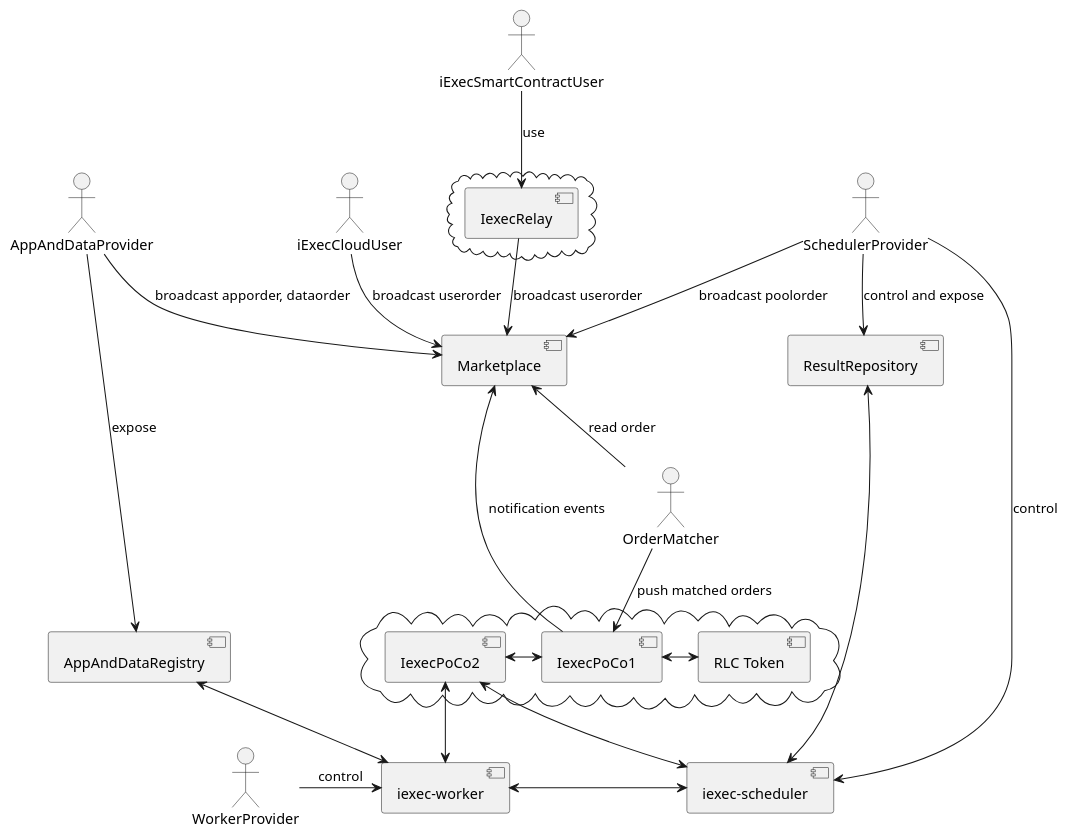
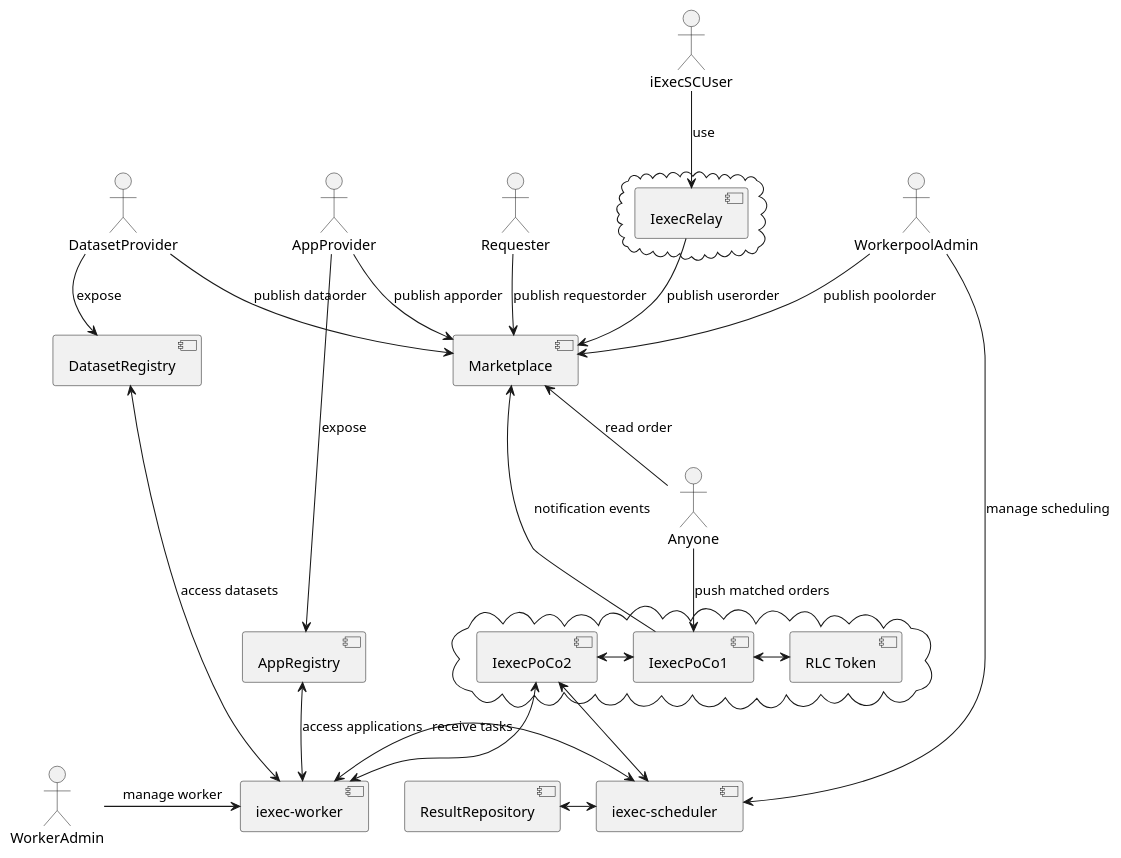
One commit to iExecBlockchainComputing/PoCo changed the diagram in uml/architecture-ODB.puml. Above: the diagram before and after it, drawn with PlantUML. The commit also changed 1 other file, not shown here.

```diff
--- a/uml/architecture-ODB.puml
+++ b/uml/architecture-ODB.puml
@@ -1,53 +1,57 @@
 @startuml
-:iExecCloudUser:
-:iExecSmartContractUser:
-:AppAndDataProvider:
-:SchedulerProvider:
-:WorkerProvider:
-:OrderMatcher:
+:iExecSCUser:
+:AppProvider:
+:DatasetProvider:
+:WorkerpoolAdmin:
+:WorkerAdmin:
+:Requester:
+:Anyone:
 
 cloud {
-  [IexecRelay]
+[IexecRelay]
 }
 component [IexecRelay]
-iExecSmartContractUser -down-> [IexecRelay]: use
+iExecSCUser -down-> [IexecRelay]: use
 
 component [Marketplace]
-[IexecRelay] -down-> [Marketplace]: broadcast userorder
-iExecCloudUser -down-> [Marketplace]: broadcast userorder
-AppAndDataProvider -down-> [Marketplace]: broadcast apporder, dataorder
-SchedulerProvider -down-> [Marketplace]: broadcast poolorder
-OrderMatcher -up-> [Marketplace]: read order
+[IexecRelay] -down-> [Marketplace]: publish userorder
+AppProvider -down-> [Marketplace]: publish apporder
+DatasetProvider -down-> [Marketplace]: publish dataorder
+WorkerpoolAdmin -down-> [Marketplace]: publish poolorder
+Anyone -up-> [Marketplace]: read order
+Requester  -down-> [Marketplace]: publish requestorder
 
 cloud {
-  [IexecPoCo1]
-  [IexecPoCo2]
-  [RLC Token]
+[IexecPoCo1]
+[IexecPoCo2]
+[RLC Token]
 }
 component [IexecPoCo1]
 component [IexecPoCo2]
 component [RLC Token]
 [IexecPoCo2] <-right-> [IexecPoCo1]
 [IexecPoCo1] <-right-> [RLC Token]
 
-OrderMatcher -down-> [IexecPoCo1]: push matched orders
+Anyone -down-> [IexecPoCo1]: push matched orders
 [IexecPoCo1] -up-> [Marketplace]: notification events
 
 [iexec-scheduler] <-up-> [IexecPoCo2]
 [iexec-worker] <-up-> [IexecPoCo2]
 
-component [AppAndDataRegistry]
+component [AppRegistry]
+component [DatasetRegistry]
 component [iexec-scheduler]
 component [iexec-worker]
 component [ResultRepository]
 
-AppAndDataProvider -down-> AppAndDataRegistry: expose
-SchedulerProvider -down-> [iexec-scheduler]: control
-SchedulerProvider -down-> [ResultRepository]: control and expose
+AppProvider -down-> AppRegistry: expose
+DatasetProvider -down-> DatasetRegistry: expose 
+WorkerpoolAdmin -down-> [iexec-scheduler]: manage scheduling
 ResultRepository <-right-> [iexec-scheduler]
 
-[WorkerProvider] -right-> [iexec-worker]: control
+[WorkerAdmin] -right-> [iexec-worker]: manage worker
 
-[iexec-worker] <-right-> [iexec-scheduler]
-[iexec-worker] <-up-> [AppAndDataRegistry]
+[iexec-worker] <-right-> [iexec-scheduler]: receive tasks
+[iexec-worker] <-up-> [AppRegistry]: access applications
+[iexec-worker] <-up-> [DatasetRegistry]: access datasets
 @enduml
```
